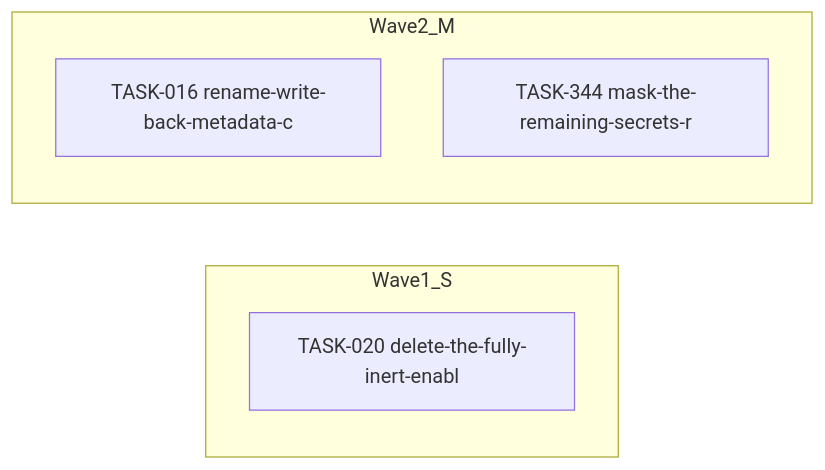
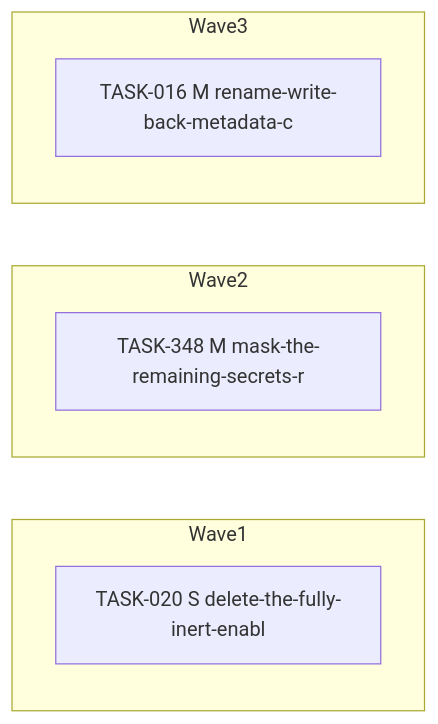
The diagram in docs/agent-tasks/todo-completion-2026-09/config/orchestration.md (falkcorp/audiobook-organizer), drawn with Mermaid before and after one commit. The commit also changed other lines of this file and 270 other files, not shown here.

````diff
--- a/docs/agent-tasks/todo-completion-2026-09/config/orchestration.md
+++ b/docs/agent-tasks/todo-completion-2026-09/config/orchestration.md
@@ -10,10 +10,12 @@
 ```mermaid
 flowchart LR
-    subgraph Wave1_S
-      TASK020[TASK-020 delete-the-fully-inert-enabl]
+    subgraph Wave1
+      TASK020[TASK-020 S delete-the-fully-inert-enabl]
     end
-    subgraph Wave2_M
-      TASK016[TASK-016 rename-write-back-metadata-c]
-      TASK344[TASK-344 mask-the-remaining-secrets-r]
+    subgraph Wave2
+      TASK348[TASK-348 M mask-the-remaining-secrets-r]
+    end
+    subgraph Wave3
+      TASK016[TASK-016 M rename-write-back-metadata-c]
     end
 ```
````
